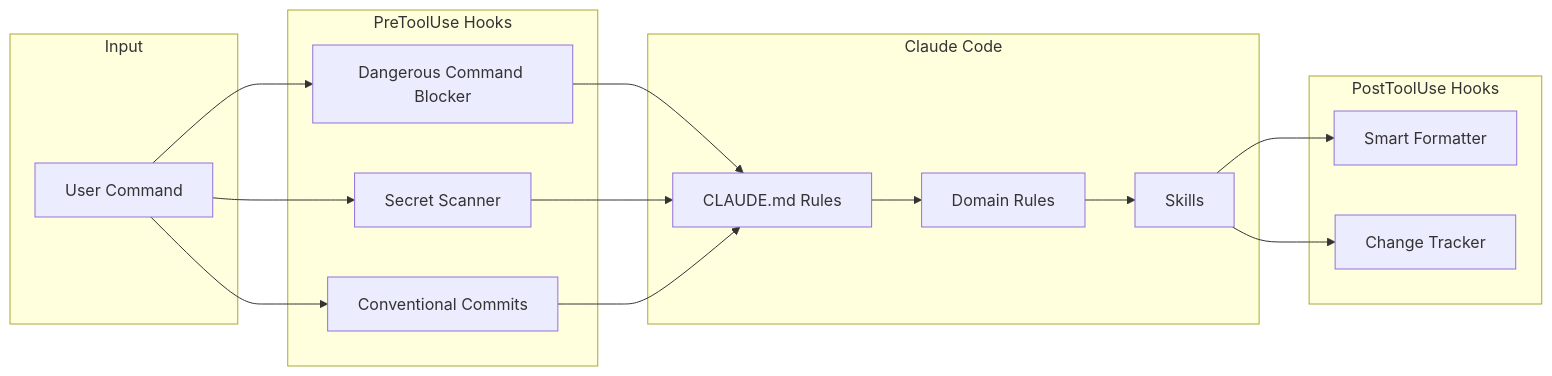
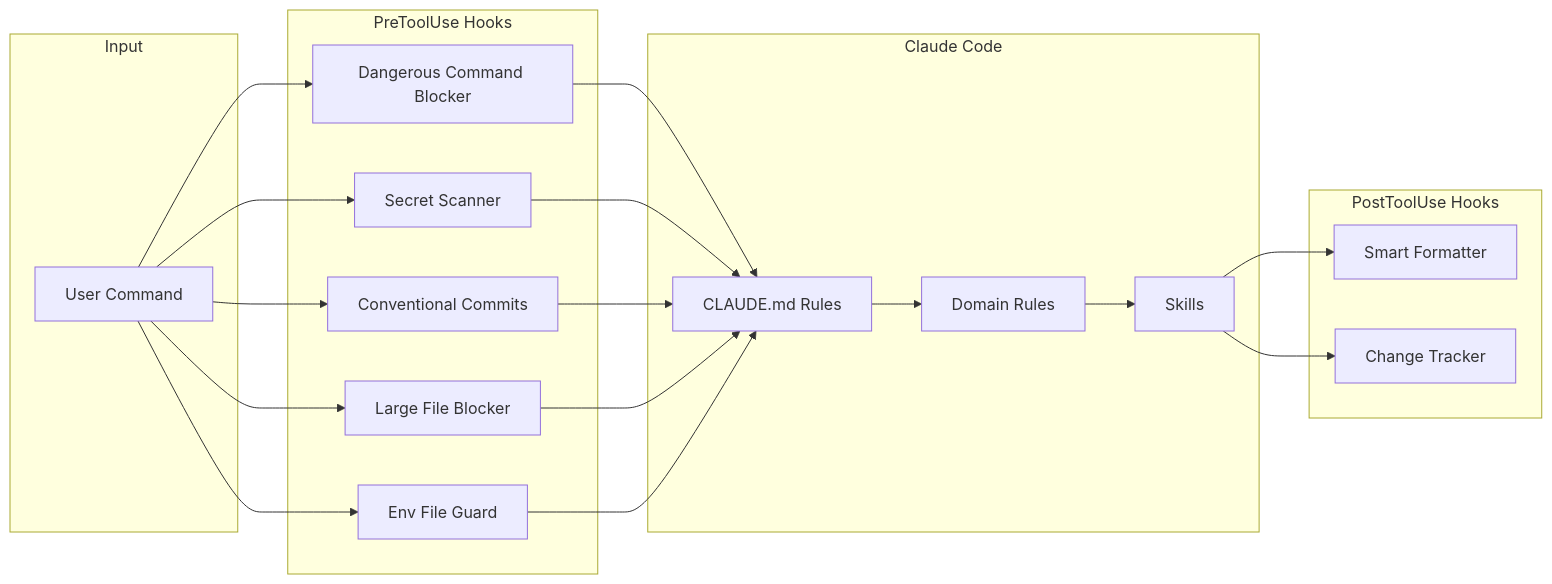
One commit to gufranco/claude-engineering-rules changed the diagram in README.md. Above: the diagram before and after it, drawn with Mermaid. The commit also changed other lines of this file, not shown here.

````diff
--- a/README.md
+++ b/README.md
@@ -52,25 +52,27 @@
 ```mermaid
 graph LR
     subgraph Input
         A[User Command]
     end
     subgraph PreToolUse Hooks
         B[Dangerous Command Blocker]
         C[Secret Scanner]
         D[Conventional Commits]
+        E2[Large File Blocker]
+        F2[Env File Guard]
     end
     subgraph Claude Code
         E[CLAUDE.md Rules]
         F[Domain Rules]
         G[Skills]
     end
     subgraph PostToolUse Hooks
         H[Smart Formatter]
         I[Change Tracker]
     end
-    A --> B & C & D
-    B & C & D --> E
+    A --> B & C & D & E2 & F2
+    B & C & D & E2 & F2 --> E
     E --> F
     F --> G
     G --> H & I
 ```
````
